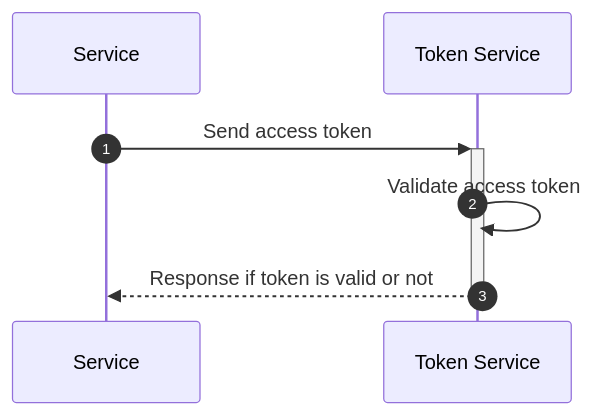
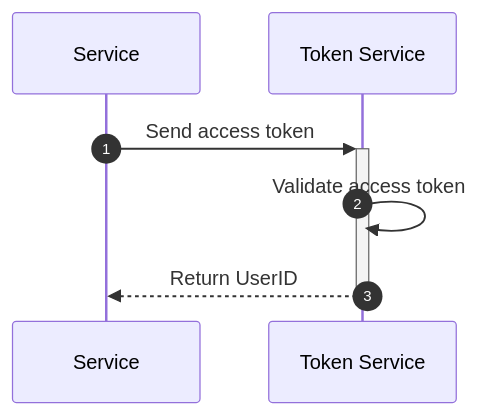
One commit to escalopa/fingo changed the diagram in token/README.md. Above: the diagram before and after it, drawn with Mermaid. The commit also changed other lines of this file and 7 other files, not shown here.

````diff
--- a/token/README.md
+++ b/token/README.md
@@ -21,7 +21,7 @@
 ```mermaid
 sequenceDiagram
     autonumber
     Service->>+Token Service: Send access token
     Token Service->>Token Service: Validate access token
-    Token Service-->>-Service: Response if token is valid or not
+    Token Service-->>-Service: Return UserID
 ```
````
